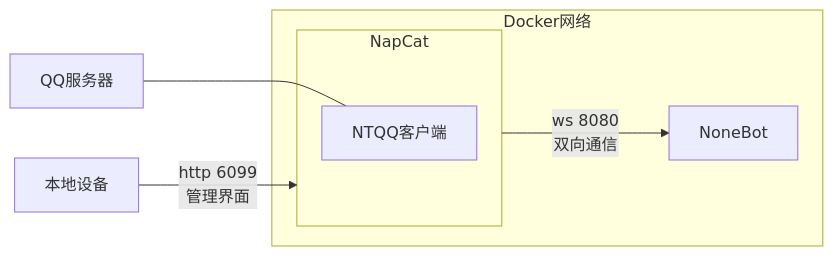
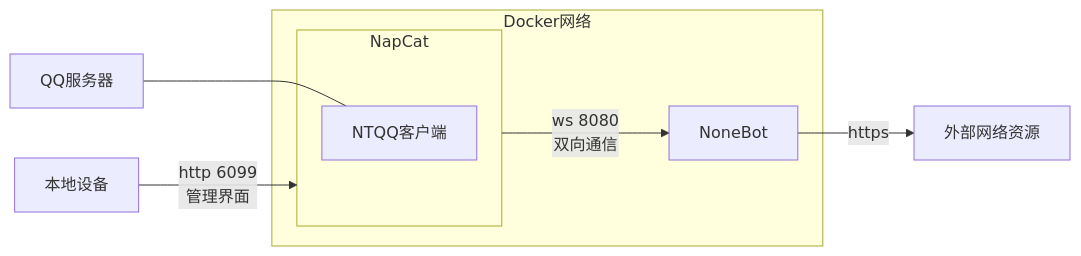
The diagram in README.md (YDX-2147483647/faq-bot), drawn with Mermaid before and after one commit. The commit also changed other lines of this file, not shown here.

````diff
--- a/README.md
+++ b/README.md
@@ -29,14 +34,16 @@
 ```mermaid
 flowchart LR
   QQ服务器 --- NTQQ客户端
 
   subgraph NapCat
     NTQQ客户端
   end
 
   subgraph Docker网络
     NapCat --->|ws 8080<br>双向通信| NoneBot
   end
 
   本地设备 -->|http 6099<br>管理界面| NapCat
+
+  NoneBot -->|https| 外部网络资源
 ```
````
